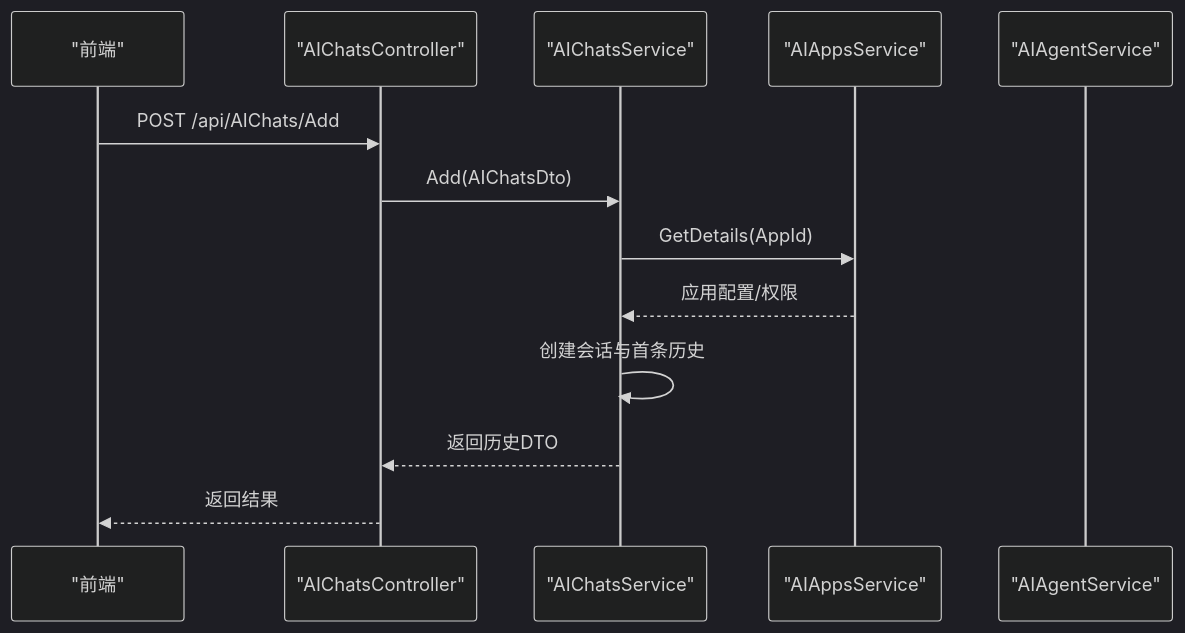
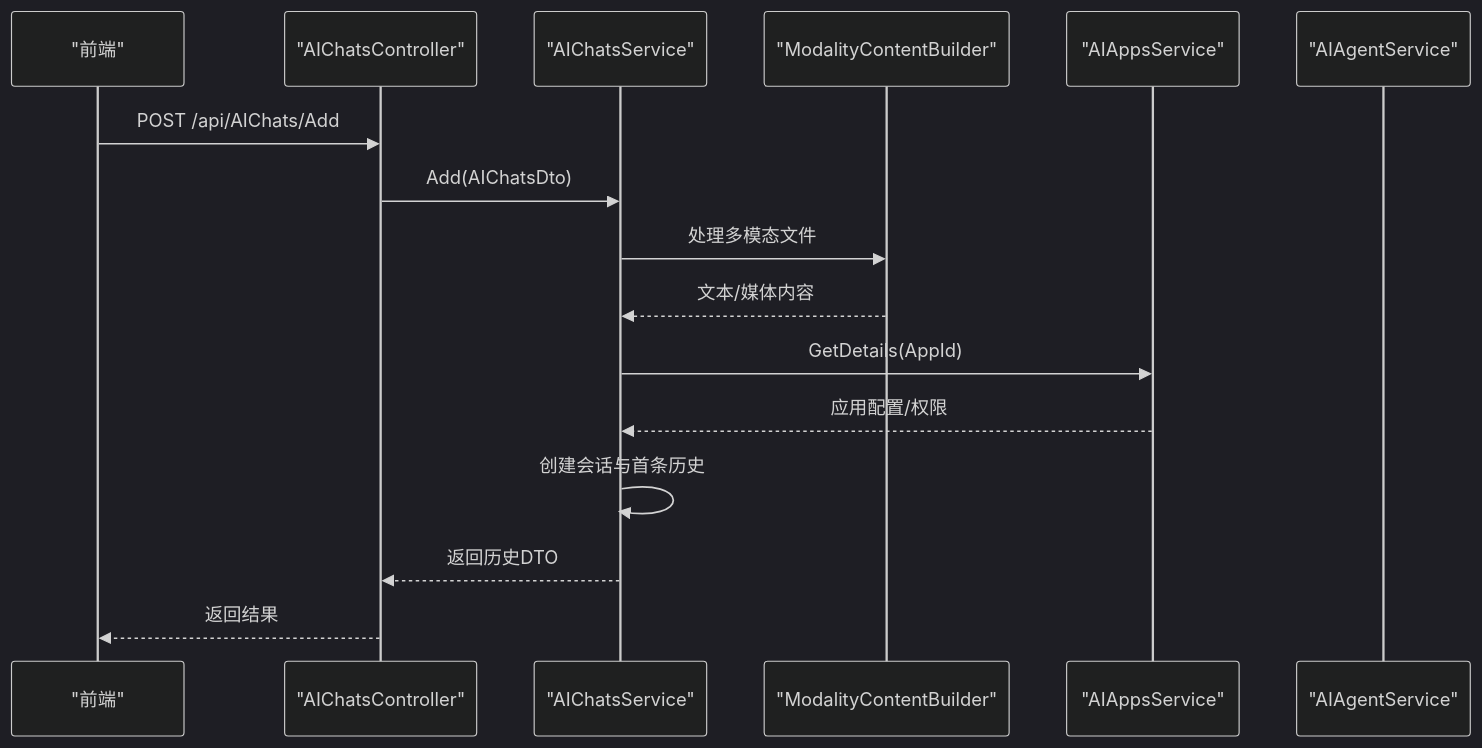
One commit to junkai-li/NetCoreKevin changed the fourth of 13 diagrams in .qoder/repowiki/zh/content/核心模块/AI智能助手/AI智能助手.md. Above: the diagram before and after it, drawn with Mermaid (dark theme). The commit also changed other lines of this file and 54 other files, not shown here.

````diff
--- a/.qoder/repowiki/zh/content/核心模块/AI智能助手/AI智能助手.md
+++ b/.qoder/repowiki/zh/content/核心模块/AI智能助手/AI智能助手.md
@@ -211,15 +225,18 @@
 ```mermaid
 sequenceDiagram
 participant UI as "前端"
 participant Ctrl as "AIChatsController"
 participant Svc as "AIChatsService"
+participant MCB as "ModalityContentBuilder"
 participant Apps as "AIAppsService"
 participant Agent as "AIAgentService"
 UI->>Ctrl : POST /api/AIChats/Add
 Ctrl->>Svc : Add(AIChatsDto)
+Svc->>MCB : 处理多模态文件
+MCB-->>Svc : 文本/媒体内容
 Svc->>Apps : GetDetails(AppId)
 Apps-->>Svc : 应用配置/权限
 Svc->>Svc : 创建会话与首条历史
 Svc-->>Ctrl : 返回历史DTO
 Ctrl-->>UI : 返回结果
 ```
````
